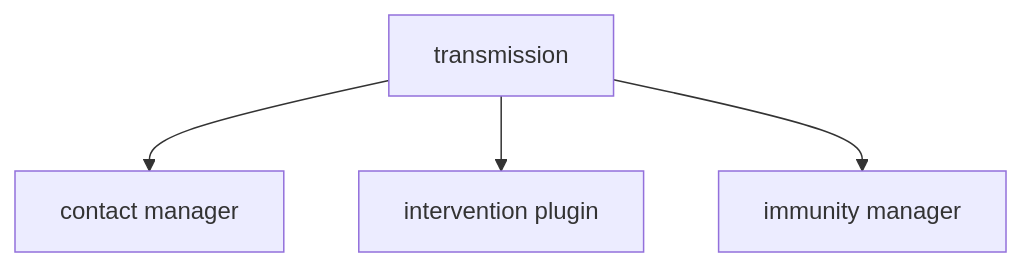
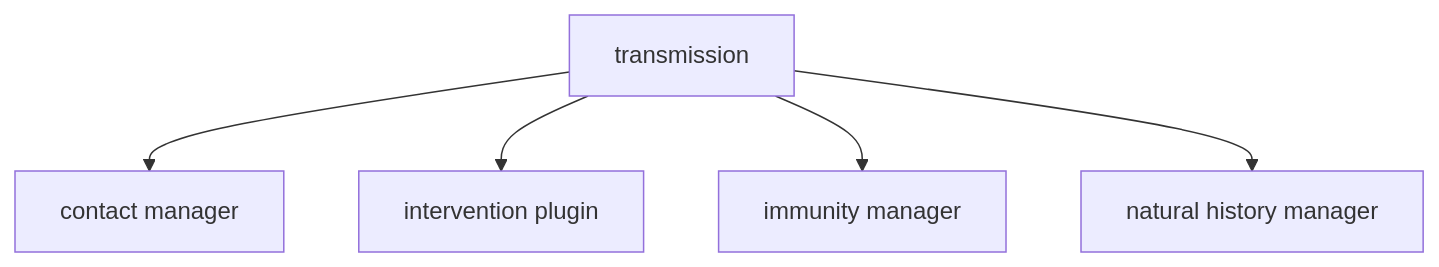
The second of 2 diagrams in docs/transmission.md (CDCgov/ixa-epi-isolation), drawn with Mermaid before and after one commit. The commit also changed other lines of this file, not shown here.

````diff
--- a/docs/transmission.md
+++ b/docs/transmission.md
@@ -70,8 +76,9 @@
 ```mermaid
 graph TB
 
 A[transmission]-->B[contact manager]
 A[transmission]-->C[intervention plugin]
 A[transmission]-->D[immunity manager]
+A[transmission]-->E[natural history manager]
 
 ```
````
